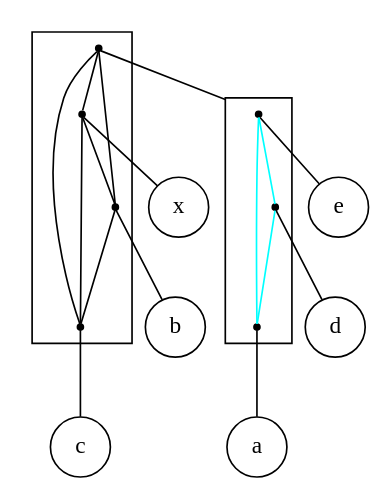
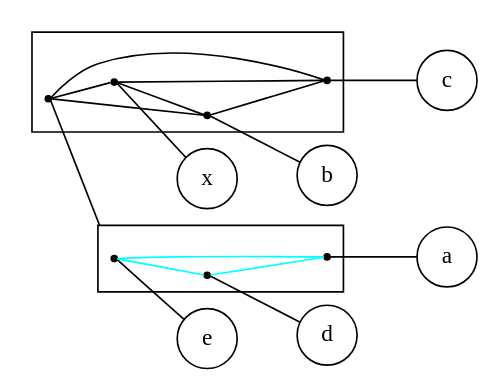
The diagram in src/final/linear_2-structure.dot (lrodrin/TFG), drawn with Graphviz before and after one commit. The commit also changed 8 other files, not shown here.

```diff
--- a/src/final/linear_2-structure.dot
+++ b/src/final/linear_2-structure.dot
@@ -1,36 +1,37 @@
 digraph "linear_2-structure" {
 compound=true;
 fontname=Verdana;
 fontsize=12;
+rankdir=LR;
 node [shape=circle];
 x;
 b;
 c;
 e;
 d;
 a;
-subgraph cluster_ceadbx {
+subgraph cluster_xcabde {
 node [shape=point];
-s_ade -> s_x  [color=black, arrowhead=none];
-s_ade -> s_b  [color=black, arrowhead=none];
-s_ade -> s_c  [color=black, arrowhead=none];
+s_dae -> s_x  [color=black, arrowhead=none];
+s_dae -> s_b  [color=black, arrowhead=none];
+s_dae -> s_c  [color=black, arrowhead=none];
 s_x -> s_b  [color=black, arrowhead=none];
 s_x -> s_c  [color=black, arrowhead=none];
 s_b -> s_c  [color=black, arrowhead=none];
 }
 
-subgraph cluster_ade {
+subgraph cluster_dae {
 node [shape=point];
 s_e -> s_d  [color=cyan, arrowhead=none];
 s_e -> s_a  [color=cyan, arrowhead=none];
 s_d -> s_a  [color=cyan, arrowhead=none];
 }
 
-s_ade -> s_e  [lhead=cluster_ade, arrowhead=none];
+s_dae -> s_e  [lhead=cluster_dae, arrowhead=none];
 s_x -> x  [arrowhead=none];
 s_b -> b  [arrowhead=none];
 s_c -> c  [arrowhead=none];
 s_e -> e  [arrowhead=none];
 s_d -> d  [arrowhead=none];
 s_a -> a  [arrowhead=none];
 }
```
